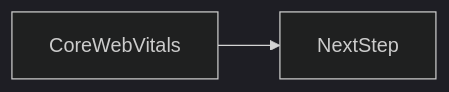
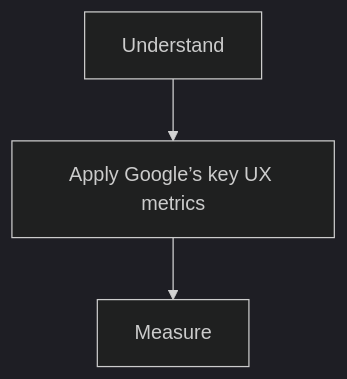
One commit to OmidJavaherii/Frontend-Engineering-Handbook changed the second of 2 diagrams in docs/en/13-performance/core-web-vitals/index.md. Above: the diagram before and after it, drawn with Mermaid (dark theme). The commit also changed other lines of this file and 461 other files, not shown here.

````diff
--- a/docs/en/13-performance/core-web-vitals/index.md
+++ b/docs/en/13-performance/core-web-vitals/index.md
@@ -95,4 +107,5 @@
 ```mermaid
-flowchart LR
-  concept[CoreWebVitals] --> nextStep[NextStep]
+flowchart TD
+  A[Understand] --> B[Apply Google’s key UX metrics]
+  B --> C[Measure]
 ```
````
